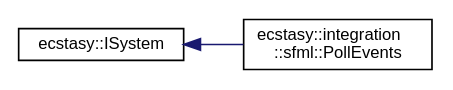
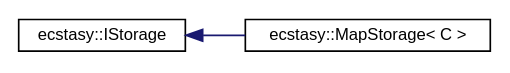
The diagram in inherit_graph_33.dot (AndreasLrx/ecstasy), drawn with Graphviz before and after one commit. The commit also changed 341 other files, not shown here.

```diff
--- a/inherit_graph_33.dot
+++ b/inherit_graph_33.dot
@@ -1,10 +1,10 @@
 digraph "Graphical Class Hierarchy"
 {
  // LATEX_PDF_SIZE
   edge [fontname="Helvetica",fontsize="10",labelfontname="Helvetica",labelfontsize="10"];
   node [fontname="Helvetica",fontsize="10",shape=record];
   rankdir="LR";
-  Node0 [label="ecstasy::ISystem",height=0.2,width=0.4,color="black", fillcolor="white", style="filled",URL="$classecstasy_1_1_i_system.html",tooltip="System interface, base class of all systems."];
+  Node0 [label="ecstasy::IStorage",height=0.2,width=0.4,color="black", fillcolor="white", style="filled",URL="$classecstasy_1_1_i_storage.html",tooltip="Base class of all components storage."];
   Node0 -> Node1 [dir="back",color="midnightblue",fontsize="10",style="solid",fontname="Helvetica"];
-  Node1 [label="ecstasy::integration\l::sfml::PollEvents",height=0.2,width=0.4,color="black", fillcolor="white", style="filled",URL="$classecstasy_1_1integration_1_1sfml_1_1_poll_events.html",tooltip="Poll events system, polling the events from the RenderWindow resource if present."];
+  Node1 [label="ecstasy::MapStorage\< C \>",height=0.2,width=0.4,color="black", fillcolor="white", style="filled",URL="$classecstasy_1_1_map_storage.html",tooltip="Associative Map to store entity components."];
 }
```
